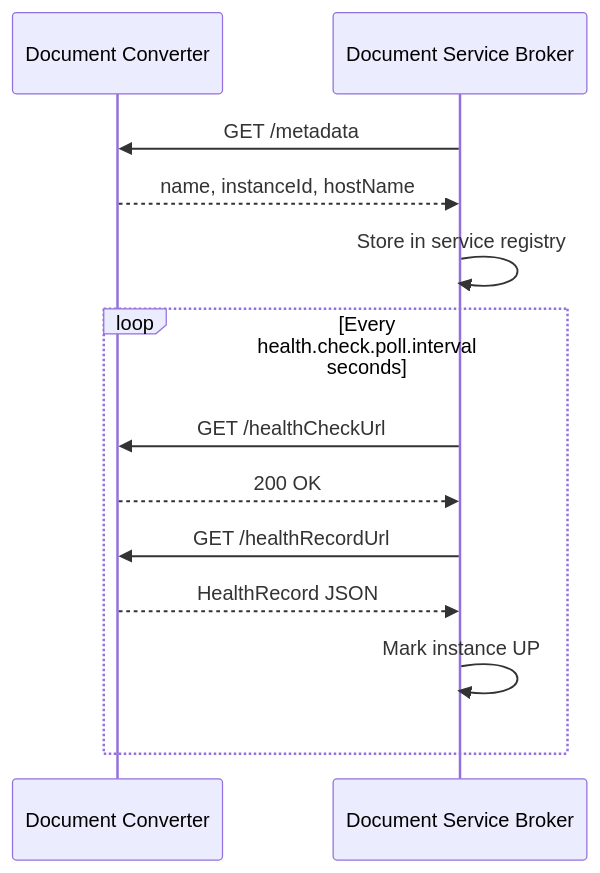
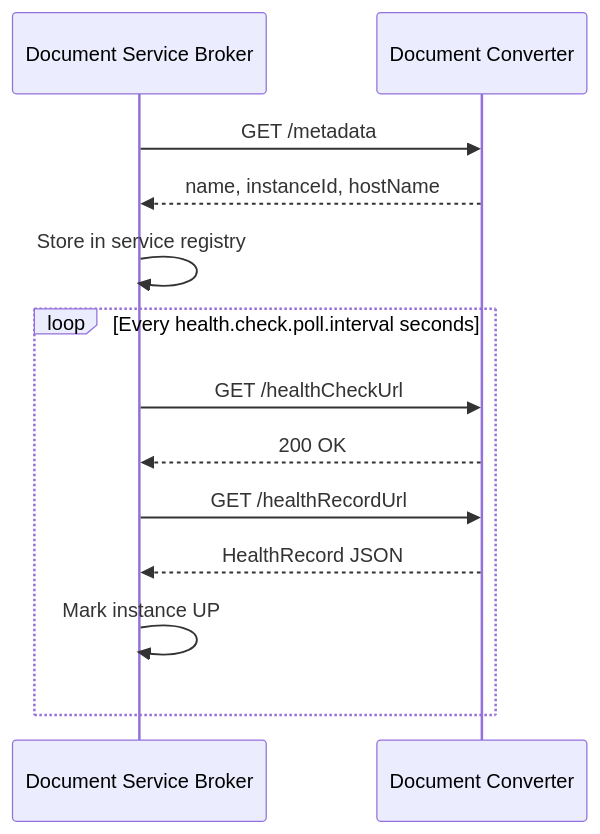
Before and after one commit to Uxopian/uxodocs: the second of 3 diagrams in docs/arender/overview/architecture.classic.md, drawn with Mermaid. The commit also changed other lines of this file and 8 other files, not shown here.

````diff
--- a/docs/arender/overview/architecture.classic.md
+++ b/docs/arender/overview/architecture.classic.md
@@ -213,15 +212,15 @@
 ```mermaid
 sequenceDiagram
+    participant SB as Document Service Broker
     participant DC as Document Converter
-    participant SB as Document Service Broker
     SB->>DC: GET /metadata
     DC-->>SB: name, instanceId, hostName
     SB->>SB: Store in service registry
     loop Every health.check.poll.interval seconds
         SB->>DC: GET /healthCheckUrl
         DC-->>SB: 200 OK
         SB->>DC: GET /healthRecordUrl
         DC-->>SB: HealthRecord JSON
         SB->>SB: Mark instance UP
     end
 ```
````
